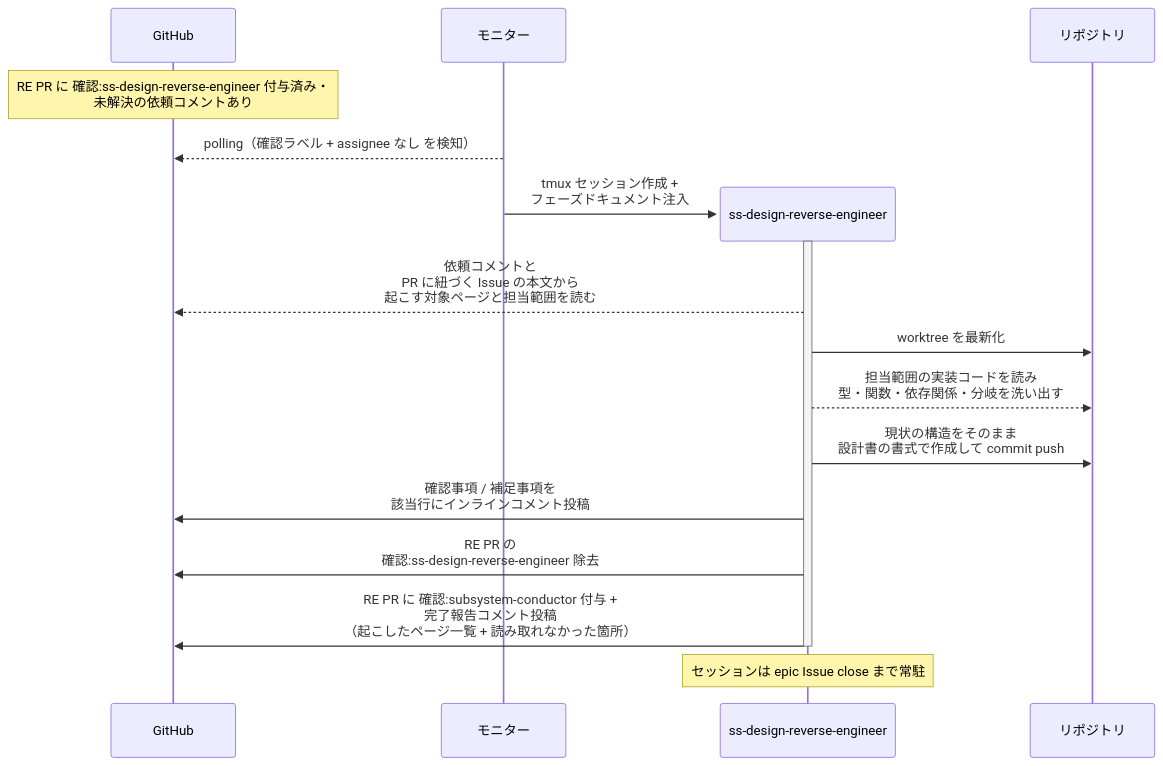
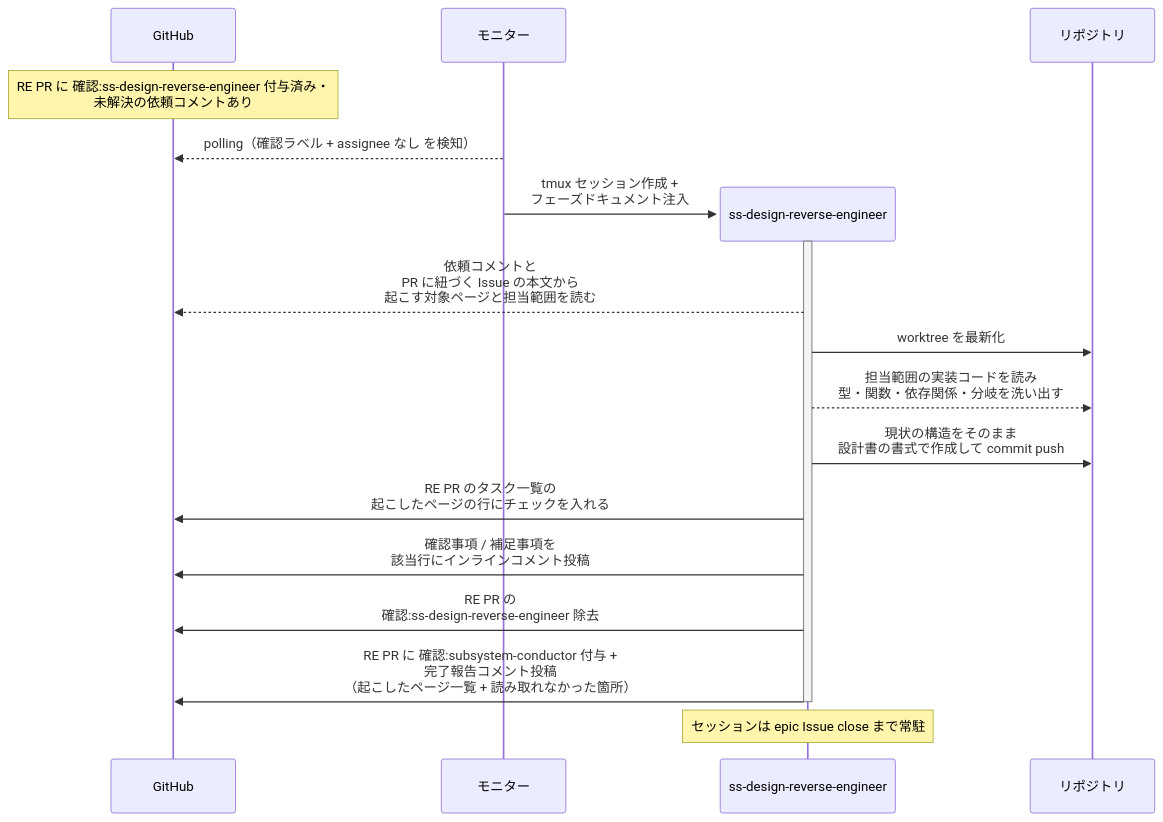
Before and after one commit to shuhei1101/ai-monitor: the first of 2 diagrams in docs/wiki/設計図/シナリオ/単一ユースケース/現状設計書の起こし.md, drawn with Mermaid. The commit also changed other lines of this file and 77 other files, not shown here.

````diff
--- a/docs/wiki/設計図/シナリオ/単一ユースケース/現状設計書の起こし.md
+++ b/docs/wiki/設計図/シナリオ/単一ユースケース/現状設計書の起こし.md
@@ -40,21 +40,22 @@
 ```mermaid
 sequenceDiagram
   participant GH as GitHub
   participant ORC as モニター
 
   Note over GH: RE PR に 確認:ss-design-reverse-engineer 付与済み・<br>未解決の依頼コメントあり
   ORC-->>GH: polling（確認ラベル + assignee なし を検知）
   create participant MON as ss-design-reverse-engineer
   ORC->>MON: tmux セッション作成 +<br>フェーズドキュメント注入
   participant REPO as リポジトリ
   activate MON
   MON-->>GH: 依頼コメントと<br>PR に紐づく Issue の本文から<br>起こす対象ページと担当範囲を読む
   MON->>REPO: worktree を最新化
   MON-->>REPO: 担当範囲の実装コードを読み<br>型・関数・依存関係・分岐を洗い出す
   MON->>REPO: 現状の構造をそのまま<br>設計書の書式で作成して commit push
+  MON->>GH: RE PR のタスク一覧の<br>起こしたページの行にチェックを入れる
   MON->>GH: 確認事項 / 補足事項を<br>該当行にインラインコメント投稿
   MON->>GH: RE PR の<br>確認:ss-design-reverse-engineer 除去
   MON->>GH: RE PR に 確認:subsystem-conductor 付与 +<br>完了報告コメント投稿<br>（起こしたページ一覧 + 読み取れなかった箇所）
   deactivate MON
   Note over MON: セッションは epic Issue close まで常駐
 ```
````
